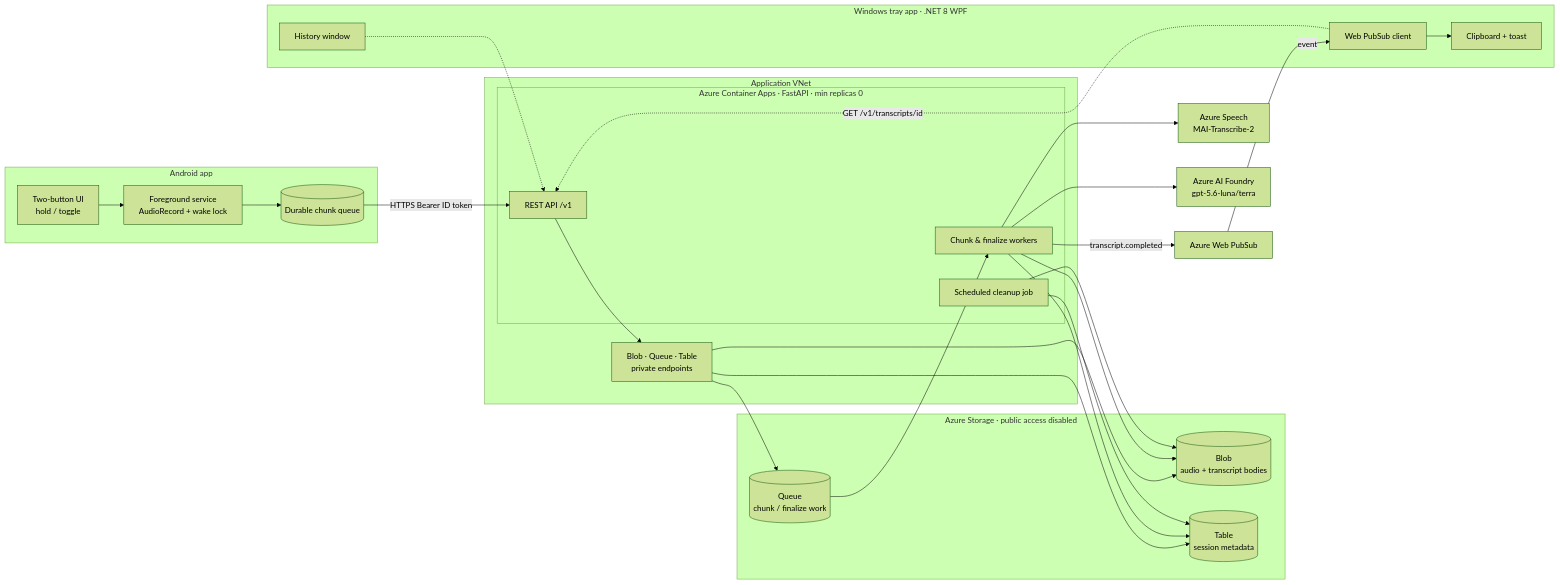
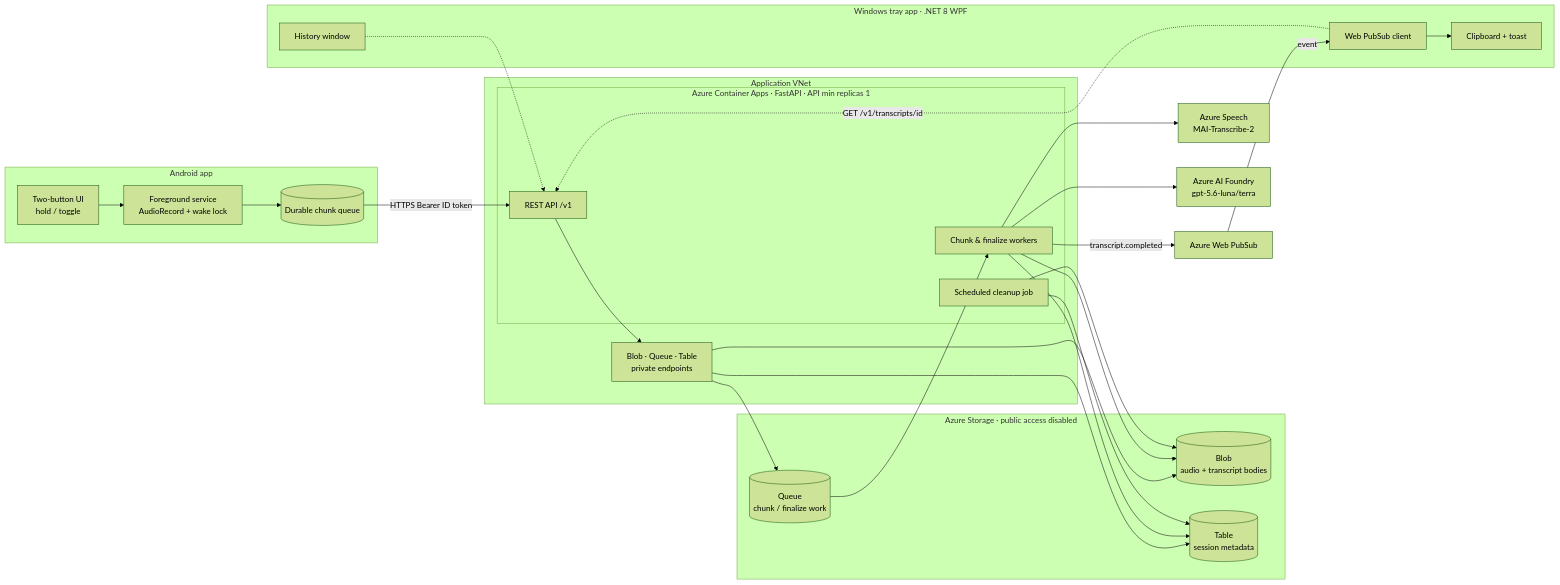
Before and after one commit to tkubica12/cot-voice-recorder: the first of 4 diagrams in docs/architecture.md, drawn with Mermaid (forest theme). The commit also changed other lines of this file and 47 other files, not shown here.

````diff
--- a/docs/architecture.md
+++ b/docs/architecture.md
@@ -30,51 +30,51 @@
 ```mermaid
 flowchart LR
   subgraph Phone[Android app]
     UI[Two-button UI<br/>hold / toggle]
     FS[Foreground service<br/>AudioRecord + wake lock]
     Q[(Durable chunk queue)]
     UI --> FS --> Q
   end
 
   subgraph VNET[Application VNet]
-    subgraph Cloud[Azure Container Apps · FastAPI · min replicas 0]
+    subgraph Cloud[Azure Container Apps · FastAPI · API min replicas 1]
       API["REST API /v1"]
       W[Chunk & finalize workers]
       CLEAN[Scheduled cleanup job]
     end
     PE[Blob · Queue · Table<br/>private endpoints]
   end
 
   subgraph Data[Azure Storage · public access disabled]
     BLOB[(Blob<br/>audio + transcript bodies)]
     QUEUE[(Queue<br/>chunk / finalize work)]
     TABLE[(Table<br/>session metadata)]
   end
 
   SPEECH[Azure Speech<br/>MAI-Transcribe-2]
   FND[Azure AI Foundry<br/>gpt-5.6-luna/terra]
   WPS[Azure Web PubSub]
 
   subgraph Tray[Windows tray app · .NET 8 WPF]
     LISTEN[Web PubSub client]
     CLIP[Clipboard + toast]
     HIST[History window]
   end
 
   Q -->|HTTPS Bearer ID token| API
   API --> PE
   PE --> BLOB
   PE --> QUEUE
   PE --> TABLE
   QUEUE --> W
   W --> BLOB
   W --> TABLE
   W --> SPEECH
   W --> FND
   W -->|transcript.completed| WPS
   CLEAN --> BLOB
   CLEAN --> TABLE
   WPS -->|event| LISTEN --> CLIP
   LISTEN -.->|GET /v1/transcripts/id| API
   HIST -.-> API
 ```
````
